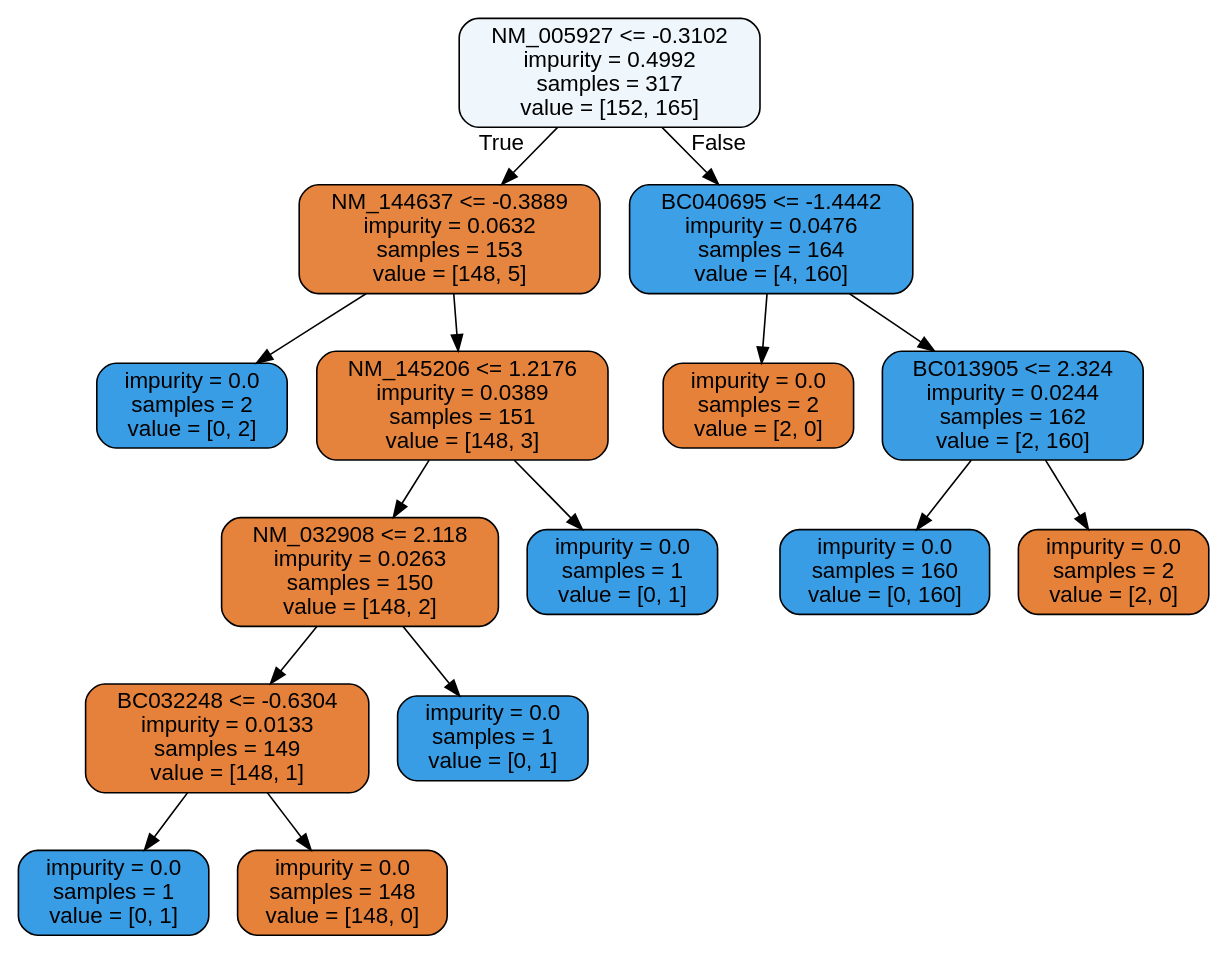
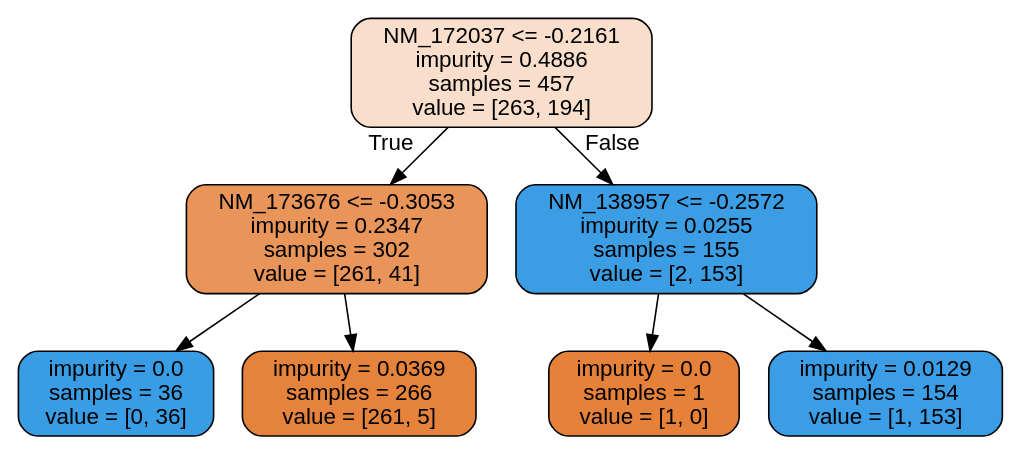
The diagram in Testing/StatisticalAnalysisTesting/tree_data.dot (TimBeishuizen/GraduationFilesGithub), drawn with Graphviz before and after one commit. The commit also changed 19 other files, not shown here.

```diff
--- a/Testing/StatisticalAnalysisTesting/tree_data.dot
+++ b/Testing/StatisticalAnalysisTesting/tree_data.dot
@@ -1,33 +1,17 @@
 digraph Tree {
 node [shape=box, style="filled, rounded", color="black", fontname=helvetica] ;
 edge [fontname=helvetica] ;
-0 [label="NM_005927 <= -0.3102\nimpurity = 0.4992\nsamples = 317\nvalue = [152, 165]", fillcolor="#399de514"] ;
-1 [label="NM_144637 <= -0.3889\nimpurity = 0.0632\nsamples = 153\nvalue = [148, 5]", fillcolor="#e58139f6"] ;
+0 [label="NM_172037 <= -0.2161\nimpurity = 0.4886\nsamples = 457\nvalue = [263, 194]", fillcolor="#e5813943"] ;
+1 [label="NM_173676 <= -0.3053\nimpurity = 0.2347\nsamples = 302\nvalue = [261, 41]", fillcolor="#e58139d7"] ;
 0 -> 1 [labeldistance=2.5, labelangle=45, headlabel="True"] ;
-2 [label="impurity = 0.0\nsamples = 2\nvalue = [0, 2]", fillcolor="#399de5ff"] ;
+2 [label="impurity = 0.0\nsamples = 36\nvalue = [0, 36]", fillcolor="#399de5ff"] ;
 1 -> 2 ;
-3 [label="NM_145206 <= 1.2176\nimpurity = 0.0389\nsamples = 151\nvalue = [148, 3]", fillcolor="#e58139fa"] ;
+3 [label="impurity = 0.0369\nsamples = 266\nvalue = [261, 5]", fillcolor="#e58139fa"] ;
 1 -> 3 ;
-4 [label="NM_032908 <= 2.118\nimpurity = 0.0263\nsamples = 150\nvalue = [148, 2]", fillcolor="#e58139fc"] ;
-3 -> 4 ;
-5 [label="BC032248 <= -0.6304\nimpurity = 0.0133\nsamples = 149\nvalue = [148, 1]", fillcolor="#e58139fd"] ;
+4 [label="NM_138957 <= -0.2572\nimpurity = 0.0255\nsamples = 155\nvalue = [2, 153]", fillcolor="#399de5fc"] ;
+0 -> 4 [labeldistance=2.5, labelangle=-45, headlabel="False"] ;
+5 [label="impurity = 0.0\nsamples = 1\nvalue = [1, 0]", fillcolor="#e58139ff"] ;
 4 -> 5 ;
-6 [label="impurity = 0.0\nsamples = 1\nvalue = [0, 1]", fillcolor="#399de5ff"] ;
-5 -> 6 ;
-7 [label="impurity = 0.0\nsamples = 148\nvalue = [148, 0]", fillcolor="#e58139ff"] ;
-5 -> 7 ;
-8 [label="impurity = 0.0\nsamples = 1\nvalue = [0, 1]", fillcolor="#399de5ff"] ;
-4 -> 8 ;
-9 [label="impurity = 0.0\nsamples = 1\nvalue = [0, 1]", fillcolor="#399de5ff"] ;
-3 -> 9 ;
-10 [label="BC040695 <= -1.4442\nimpurity = 0.0476\nsamples = 164\nvalue = [4, 160]", fillcolor="#399de5f9"] ;
-0 -> 10 [labeldistance=2.5, labelangle=-45, headlabel="False"] ;
-11 [label="impurity = 0.0\nsamples = 2\nvalue = [2, 0]", fillcolor="#e58139ff"] ;
-10 -> 11 ;
-12 [label="BC013905 <= 2.324\nimpurity = 0.0244\nsamples = 162\nvalue = [2, 160]", fillcolor="#399de5fc"] ;
-10 -> 12 ;
-13 [label="impurity = 0.0\nsamples = 160\nvalue = [0, 160]", fillcolor="#399de5ff"] ;
-12 -> 13 ;
-14 [label="impurity = 0.0\nsamples = 2\nvalue = [2, 0]", fillcolor="#e58139ff"] ;
-12 -> 14 ;
+6 [label="impurity = 0.0129\nsamples = 154\nvalue = [1, 153]", fillcolor="#399de5fd"] ;
+4 -> 6 ;
 }
```
